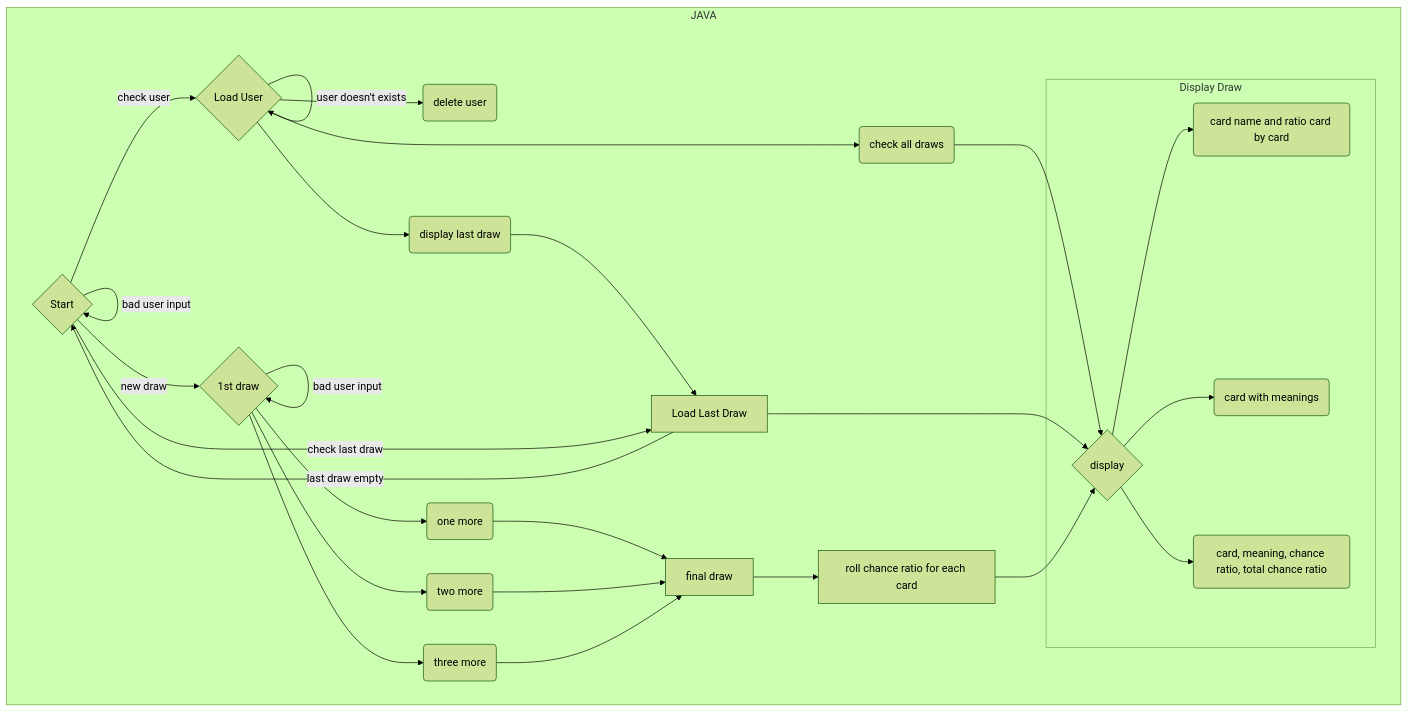
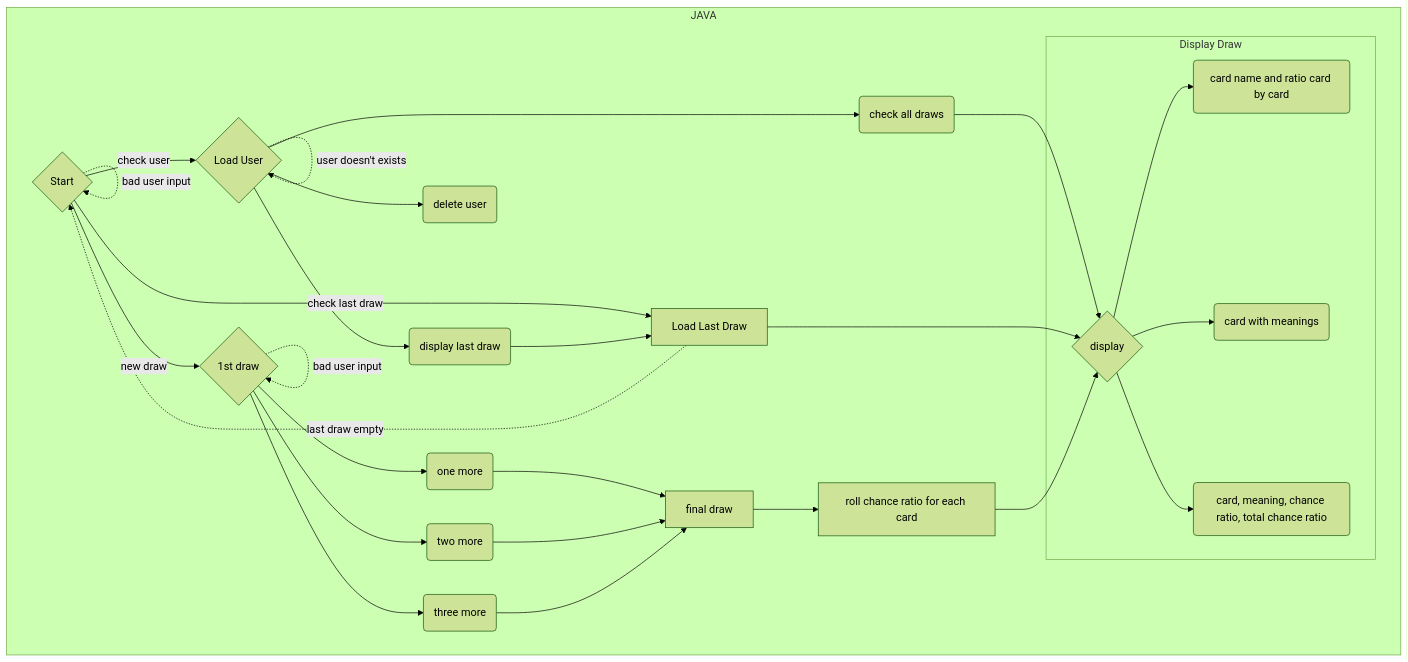
Before and after one commit to lasmate/TarotReader: the diagram in README.md, drawn with Mermaid (forest theme). The commit also changed 6 other files, not shown here.

Commit message:
Refactor app flowchart in README.md

````diff
--- a/README.md
+++ b/README.md
@@ -18,31 +18,35 @@
  ```mermaid
- flowchart TD
+  flowchart TD
  subgraph JAVA
-	A{Start} -->|check user|D{Load User}-->|user doesn't exists|D
+	A-.->|bad user input|A
+	A{Start} -->|check last draw|C[Load Last Draw]-.->|last draw empty|A
+	A{Start} -->|check user|D{Load User}-.->|user doesn't exists|D
+	A{Start} -->|new draw|B{1st draw}-.->|bad user input|B
+	
     D-->D1(display last draw)
     D-->D2(check all draws)
     D-->D3(delete user)
 	D1-->C
 	D2-->Z
-	A{Start} -->|check last draw|C[Load Last Draw]-->|last draw empty|A
+	
 	C-->Z
 	
-	A{Start} -->|new draw|B{1st draw}-->|bad user input|B
+	
     B -->B1(one more)
     B-->B2(two more )
     B-->B3(three more )
     B1-->B4[final draw]
 	B2-->B4
 	B3-->B4
 	B4-->B5[roll chance ratio for each card]
 	B5-->Z
-	A-->|bad user input|A
+	
 subgraph Display Draw
 	Z{display}
 	Z-->Z1(card name and ratio card by card  )
 	Z-->Z2(card with meanings)
 	Z-->Z3(card, meaning, chance ratio, total chance ratio)
 end
 end
     
 ```
````
